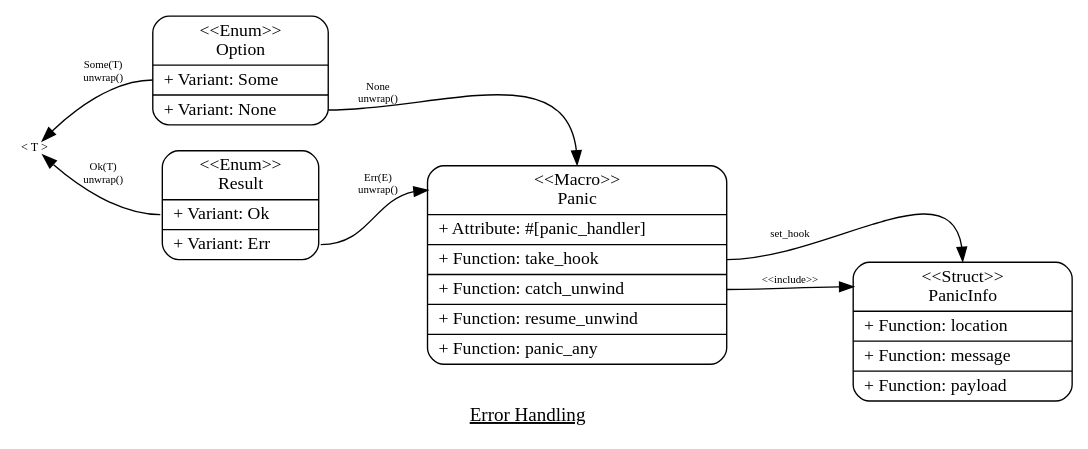
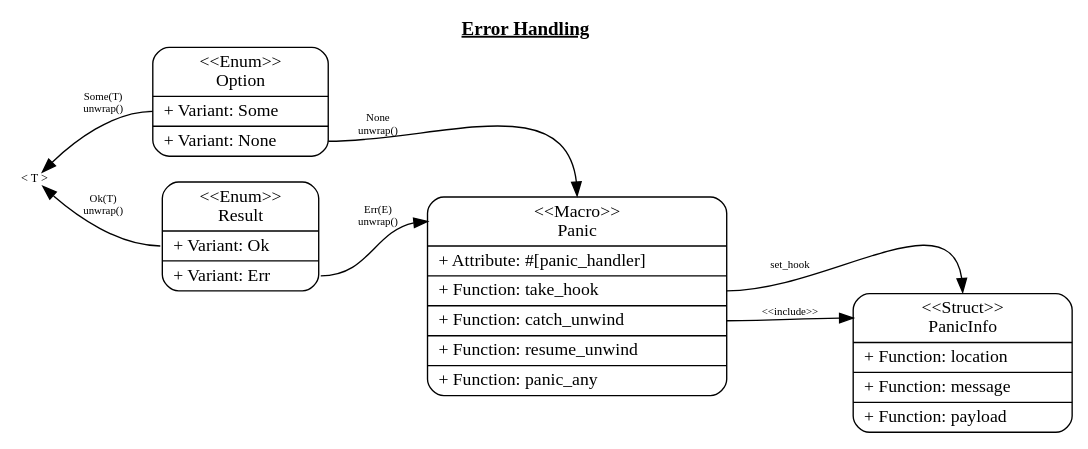
The diagram in error-handling.gv (rust-lang/project-error-handling), drawn with Graphviz before and after one commit. The commit also changed 1 other file, not shown here.

Commit message:
GH Action & error-handling.gv (#48)

```diff
--- a/error-handling.gv
+++ b/error-handling.gv
@@ -1,90 +1,90 @@
 digraph g {
     graph [
         rankdir = "LR";
-        label= <<u>Error Handling</u>>;
+        // title
+        labelloc= "t";
+        label= <<b><u>Error Handling</u></b>>;
     ];
 
     node [
         fontsize = "13"
         shape = "Mrecord"
     ];
     
     T [
         label = "&lt; T &gt;"
         shape = plain
         fontsize=9
-        PORT = "f0"
         id = 0
     ];
 
     Result [
         label = "&lt;&lt;Enum&gt;&gt;\nResult|
                  <f0> + Variant: Ok \l | 
                  <f1> + Variant: Err \l"
         id = 1
     ];
 
     Option [
         label = "&lt;&lt;Enum&gt;&gt;\nOption|
                  <f0> + Variant: Some \l | 
                  <f1> + Variant: None \l"
         id = 2
     ];
 
     Panic [
         label = "<f0> &lt;&lt;Macro&gt;&gt;\nPanic |
                  <f1> + Attribute: #[panic_handler] \l | 
                  <f2> + Function: take_hook \l |
                  <f3> + Function: catch_unwind \l |
                  <f4> + Function: resume_unwind \l |
                  <f5> + Function: panic_any \l"
         id = 3
     ];
 
     PanicInfo [
         label = "<f0> &lt;&lt;Struct&gt;&gt;\nPanicInfo |
                  <f1> + Function: location \l |
                  <f2> + Function: message \l |
                  <f3> + Function: payload \l"
         id = 4
     ];
 
-    // Layout
-    
+    // Layout      
     // T to Option {reverse direction i.e. <-}
-    {T:f0 -> Option:f0 [
+    {T -> Option:f0 [
         dir=back
         label="Some(T)\nunwrap()"
         fontsize=8
     ];
     } 
 
-    Result:f0 -> T:f0 [
+    Result:f0 -> T [
         label="Ok(T)\nunwrap()" 
         fontsize=8
     ];
         
     Result:f1 -> Panic:f0 [
         label="Err(E)\nunwrap()"
         fontsize=8
 
     ];  
 
     Option:f1 -> Panic:f0:n [
         label="None\nunwrap()"
         fontsize=8
     ];
 
     Panic:f2 -> PanicInfo:f0:n [
         label="set_hook"
         fontsize=8
     ];
 
     Panic:f3 -> PanicInfo:f0 [
         label="&lt;&lt;include&gt;&gt;"
         fontsize=8
     ];
     
     {rank=same; Result Option;}    
 
 }
```
